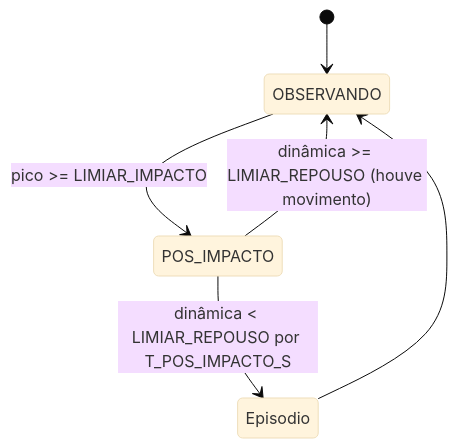
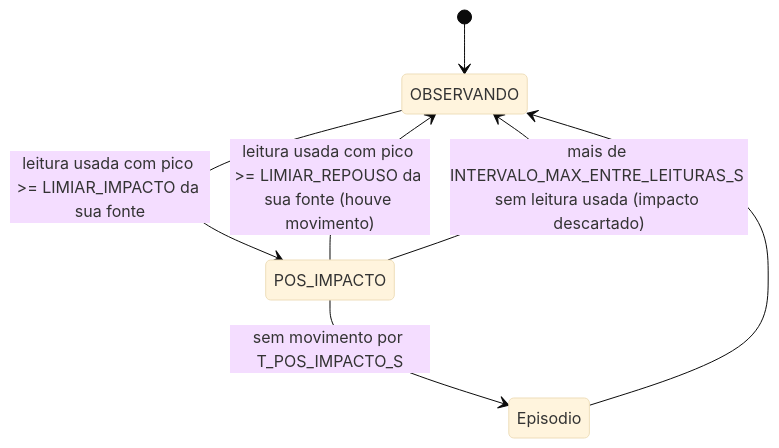
The third of 5 diagrams in docs/arquitetura.md (UFG-INF-SSU-2026/Flow), drawn with Mermaid (base theme) before and after one commit. The commit also changed other lines of this file and 1 other file, not shown here.

````diff
--- a/docs/arquitetura.md
+++ b/docs/arquitetura.md
@@ -308,8 +316,9 @@
 ```mermaid
 stateDiagram-v2
     [*] --> OBSERVANDO
-    OBSERVANDO --> POS_IMPACTO: pico >= LIMIAR_IMPACTO
-    POS_IMPACTO --> OBSERVANDO: dinâmica >= LIMIAR_REPOUSO (houve movimento)
-    POS_IMPACTO --> Episodio: dinâmica < LIMIAR_REPOUSO por T_POS_IMPACTO_S
+    OBSERVANDO --> POS_IMPACTO: leitura usada com pico >= LIMIAR_IMPACTO da sua fonte
+    POS_IMPACTO --> OBSERVANDO: leitura usada com pico >= LIMIAR_REPOUSO da sua fonte (houve movimento)
+    POS_IMPACTO --> OBSERVANDO: mais de INTERVALO_MAX_ENTRE_LEITURAS_S sem leitura usada (impacto descartado)
+    POS_IMPACTO --> Episodio: sem movimento por T_POS_IMPACTO_S
     Episodio --> OBSERVANDO
 ```
````
